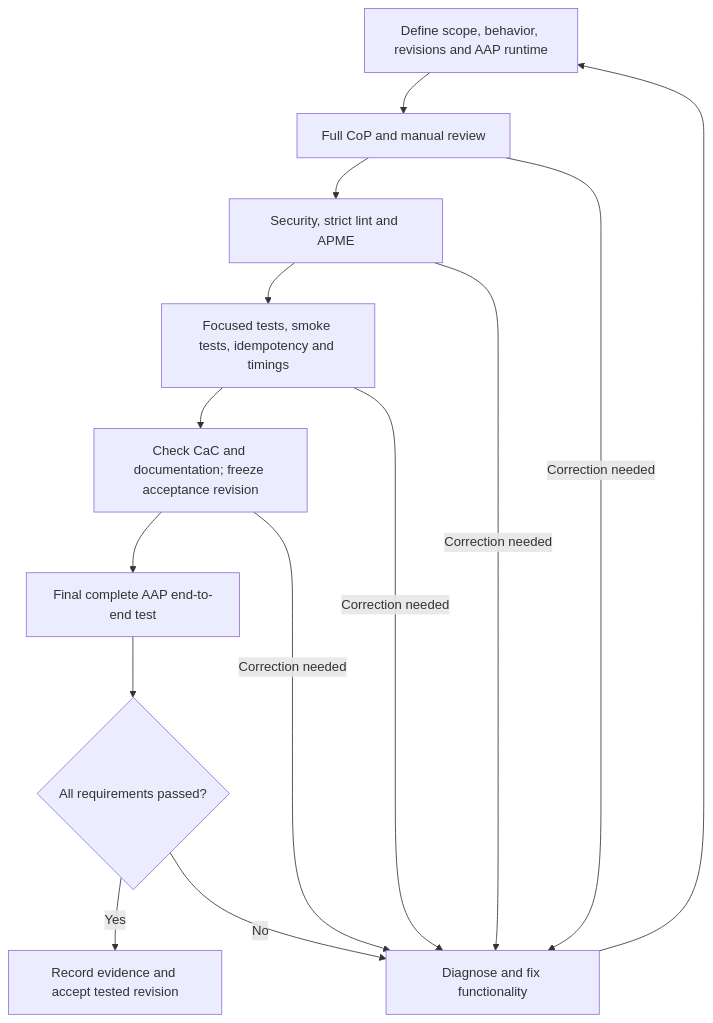
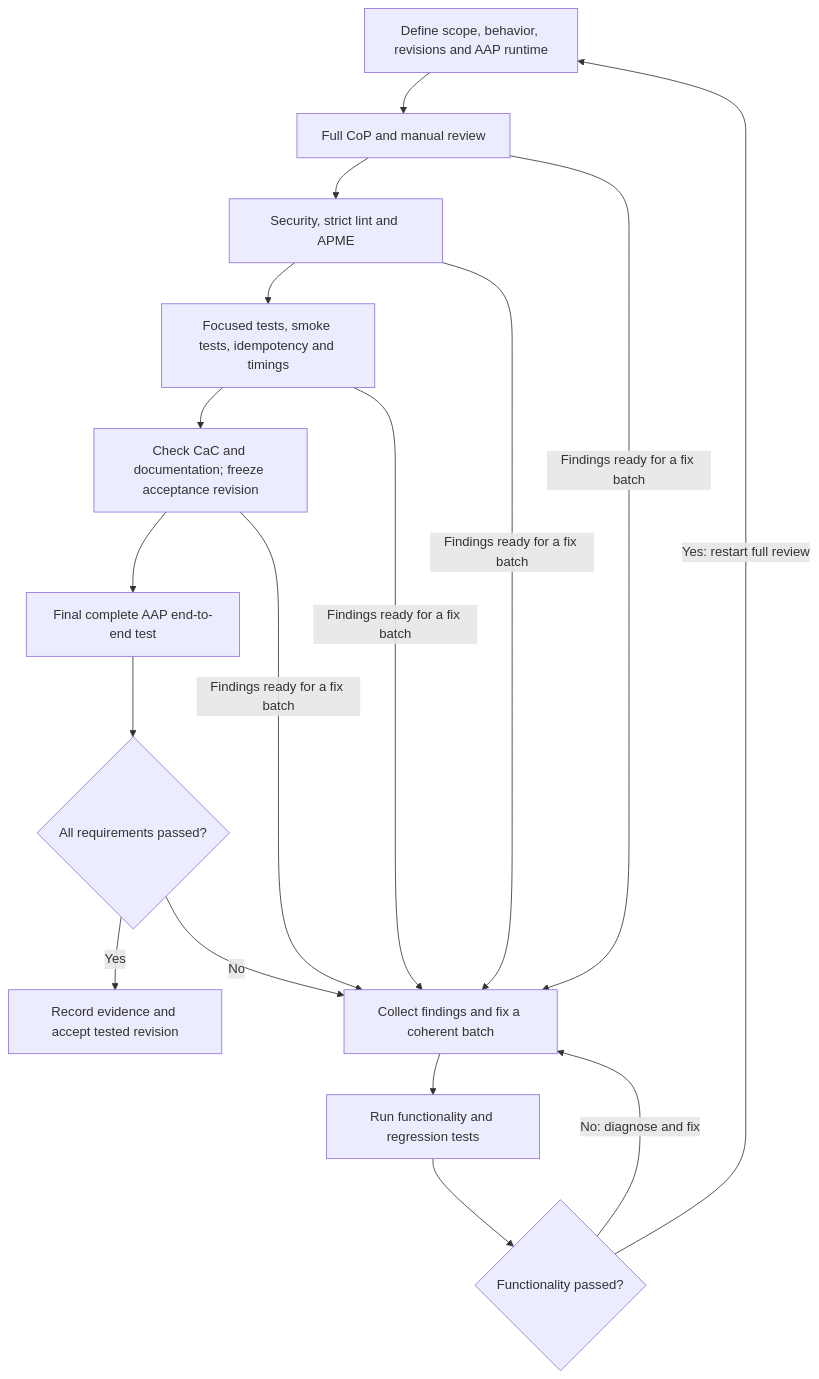
The diagram in README.md (kvegh/Agent_generated_code_review), drawn with Mermaid before and after one commit. The commit also changed other lines of this file and 1 other file, not shown here.

Commit message:
docs: Batch findings before functionality tests and review restart

````diff
--- a/README.md
+++ b/README.md
@@ -352,16 +362,19 @@
 ```mermaid
 flowchart TD
     A[Define scope, behavior, revisions and AAP runtime] --> B[Full CoP and manual review]
     B --> C[Security, strict lint and APME]
     C --> D[Focused tests, smoke tests, idempotency and timings]
     D --> E[Check CaC and documentation; freeze acceptance revision]
     E --> F[Final complete AAP end-to-end test]
     F --> G{All requirements passed?}
     G -->|Yes| H[Record evidence and accept tested revision]
-    G -->|No| I[Diagnose and fix functionality]
-    I --> A
-    B -->|Correction needed| I
-    C -->|Correction needed| I
-    D -->|Correction needed| I
-    E -->|Correction needed| I
+    G -->|No| I[Collect findings and fix a coherent batch]
+    I --> J[Run functionality and regression tests]
+    J --> K{Functionality passed?}
+    K -->|No: diagnose and fix| I
+    K -->|Yes: restart full review| A
+    B -->|Findings ready for a fix batch| I
+    C -->|Findings ready for a fix batch| I
+    D -->|Findings ready for a fix batch| I
+    E -->|Findings ready for a fix batch| I
 ```
````
